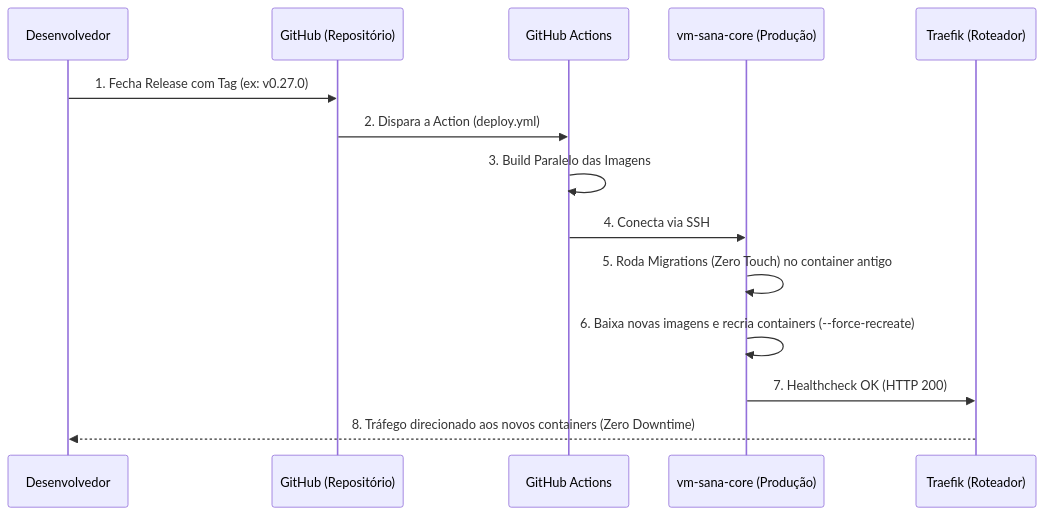
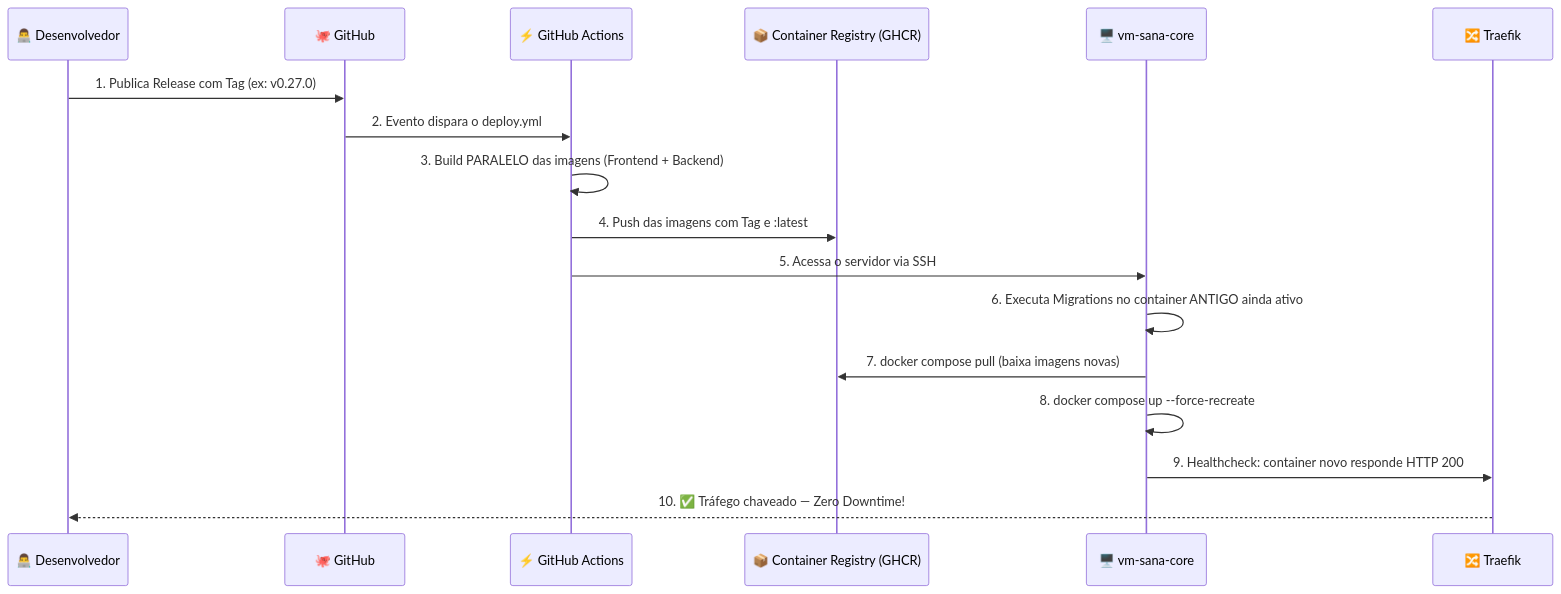
Before and after one commit to rofilho/cloud: the third of 4 diagrams in Aula 11.5 - Pratica CI CD e Arquitetura Cloud - Estudo de Caso.md, drawn with Mermaid. The commit also changed other lines of this file, not shown here.

Commit message:
fix: Revisao completa da Aula 11.5 — diagramas, codigo real, didatica

````diff
--- a/Aula 11.5 - Pratica CI CD e Arquitetura Cloud - Estudo de Caso.md
+++ b/Aula 11.5 - Pratica CI CD e Arquitetura Cloud - Estudo de Caso.md
@@ -112,17 +146,20 @@
 ```mermaid
 sequenceDiagram
-    participant Dev as Desenvolvedor
-    participant Git as GitHub (Repositório)
-    participant Action as GitHub Actions
-    participant Prod as vm-sana-core (Produção)
-    participant Traefik as Traefik (Roteador)
+    participant Dev as 👨‍💻 Desenvolvedor
+    participant Git as 🐙 GitHub
+    participant GHA as ⚡ GitHub Actions
+    participant GHCR as 📦 Container Registry (GHCR)
+    participant Prod as 🖥️ vm-sana-core
+    participant TR as 🔀 Traefik
 
-    Dev->>Git: 1. Fecha Release com Tag (ex: v0.27.0)
-    Git->>Action: 2. Dispara a Action (deploy.yml)
-    Action->>Action: 3. Build Paralelo das Imagens
-    Action->>Prod: 4. Conecta via SSH
-    Prod->>Prod: 5. Roda Migrations (Zero Touch) no container antigo
-    Prod->>Prod: 6. Baixa novas imagens e recria containers (--force-recreate)
-    Prod->>Traefik: 7. Healthcheck OK (HTTP 200)
-    Traefik-->>Dev: 8. Tráfego direcionado aos novos containers (Zero Downtime)
+    Dev->>Git: 1. Publica Release com Tag (ex: v0.27.0)
+    Git->>GHA: 2. Evento dispara o deploy.yml
+    GHA->>GHA: 3. Build PARALELO das imagens (Frontend + Backend)
+    GHA->>GHCR: 4. Push das imagens com Tag e :latest
+    GHA->>Prod: 5. Acessa o servidor via SSH
+    Prod->>Prod: 6. Executa Migrations no container ANTIGO ainda ativo
+    Prod->>GHCR: 7. docker compose pull (baixa imagens novas)
+    Prod->>Prod: 8. docker compose up --force-recreate
+    Prod->>TR: 9. Healthcheck: container novo responde HTTP 200
+    TR-->>Dev: 10. ✅ Tráfego chaveado — Zero Downtime!
 ```
````
